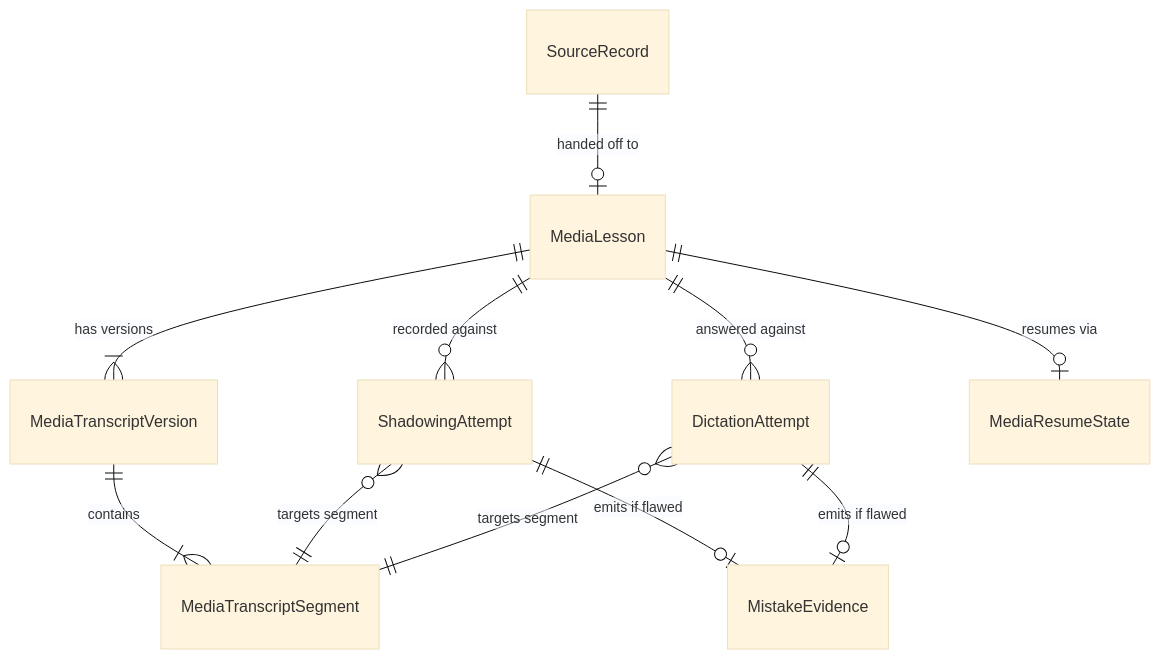
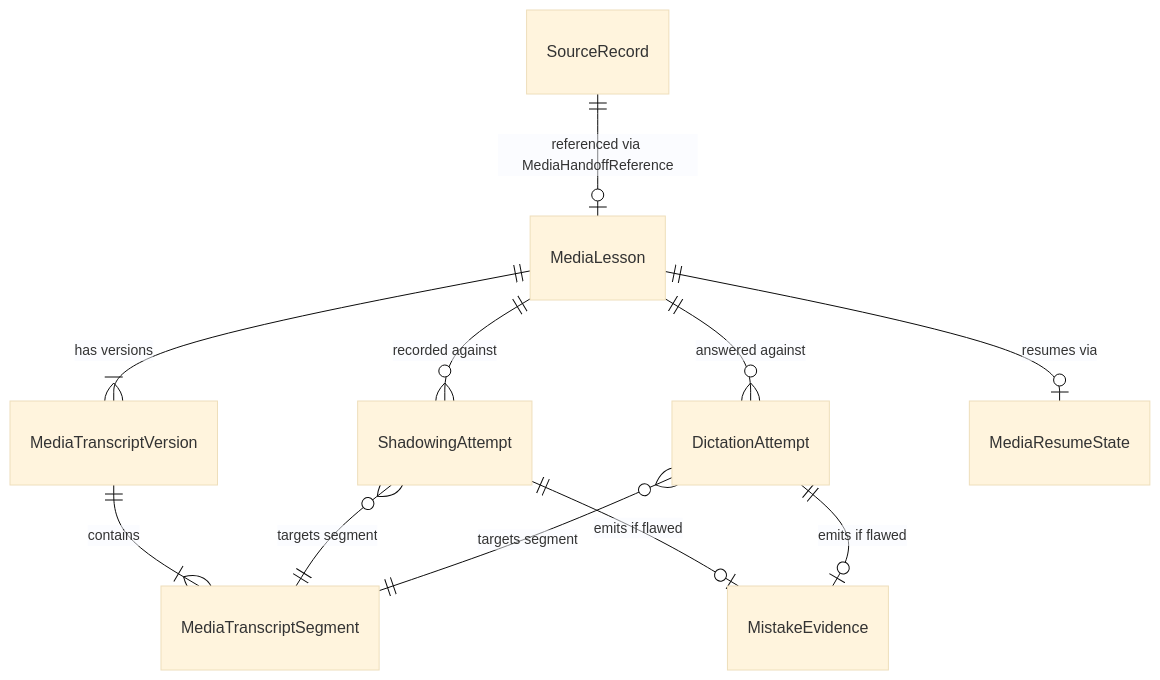
The first of 5 diagrams in docs/superpowers/specs/2026-09-04-omni-media-learning-room-design.md (NguyenDukKyeon/Omni_IELTS), drawn with Mermaid (base theme) before and after one commit. The commit also changed other lines of this file and 2 other files, not shown here.

Commit message:
docs(p04): correct Media handoff and provider boundaries

````diff
--- a/docs/superpowers/specs/2026-09-04-omni-media-learning-room-design.md
+++ b/docs/superpowers/specs/2026-09-04-omni-media-learning-room-design.md
@@ -123,13 +126,13 @@
 ```mermaid
 erDiagram
-    SourceRecord ||--o| MediaLesson : "handed off to"
+    SourceRecord ||--o| MediaLesson : "referenced via MediaHandoffReference"
     MediaLesson ||--|{ MediaTranscriptVersion : "has versions"
     MediaTranscriptVersion ||--|{ MediaTranscriptSegment : "contains"
     MediaLesson ||--o{ ShadowingAttempt : "recorded against"
     MediaLesson ||--o{ DictationAttempt : "answered against"
     MediaLesson ||--o| MediaResumeState : "resumes via"
     ShadowingAttempt }o--|| MediaTranscriptSegment : "targets segment"
     DictationAttempt }o--|| MediaTranscriptSegment : "targets segment"
     ShadowingAttempt ||--o| MistakeEvidence : "emits if flawed"
     DictationAttempt ||--o| MistakeEvidence : "emits if flawed"
 ```
````
